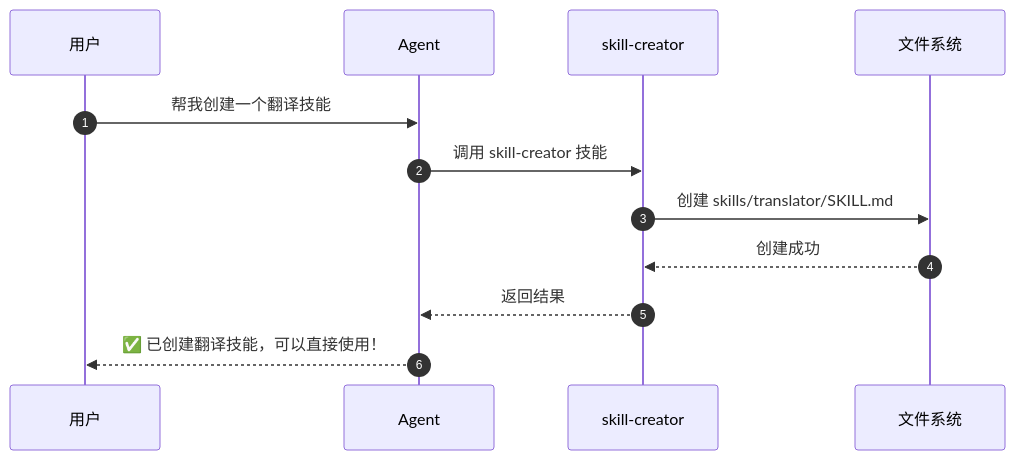
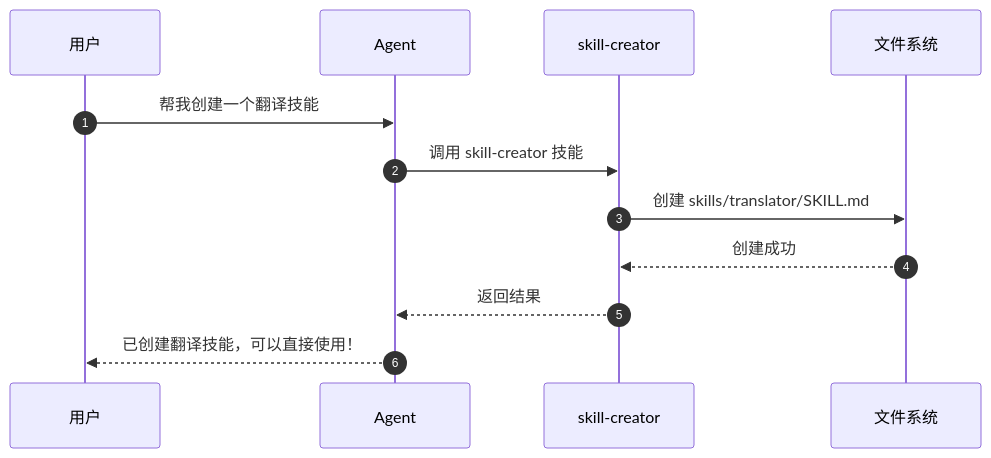
One commit to xt765/FinchBot changed the second of 4 diagrams in docs/zh-CN/guide/extension.md. Above: the diagram before and after it, drawn with Mermaid. The commit also changed other lines of this file and 18 other files, not shown here.

First line of the commit message:
docs: 简化架构图并删除所有mermaid图中的表情包

````diff
--- a/docs/zh-CN/guide/extension.md
+++ b/docs/zh-CN/guide/extension.md
@@ -140,15 +139,15 @@
 ```mermaid
 sequenceDiagram
     autonumber
     participant U as 用户
     participant A as Agent
     participant S as skill-creator
     participant F as 文件系统
 
     U->>A: 帮我创建一个翻译技能
     A->>S: 调用 skill-creator 技能
     S->>F: 创建 skills/translator/SKILL.md
     F-->>S: 创建成功
     S-->>A: 返回结果
-    A-->>U: ✅ 已创建翻译技能，可以直接使用！
+    A-->>U: 已创建翻译技能，可以直接使用！
 ```
````
